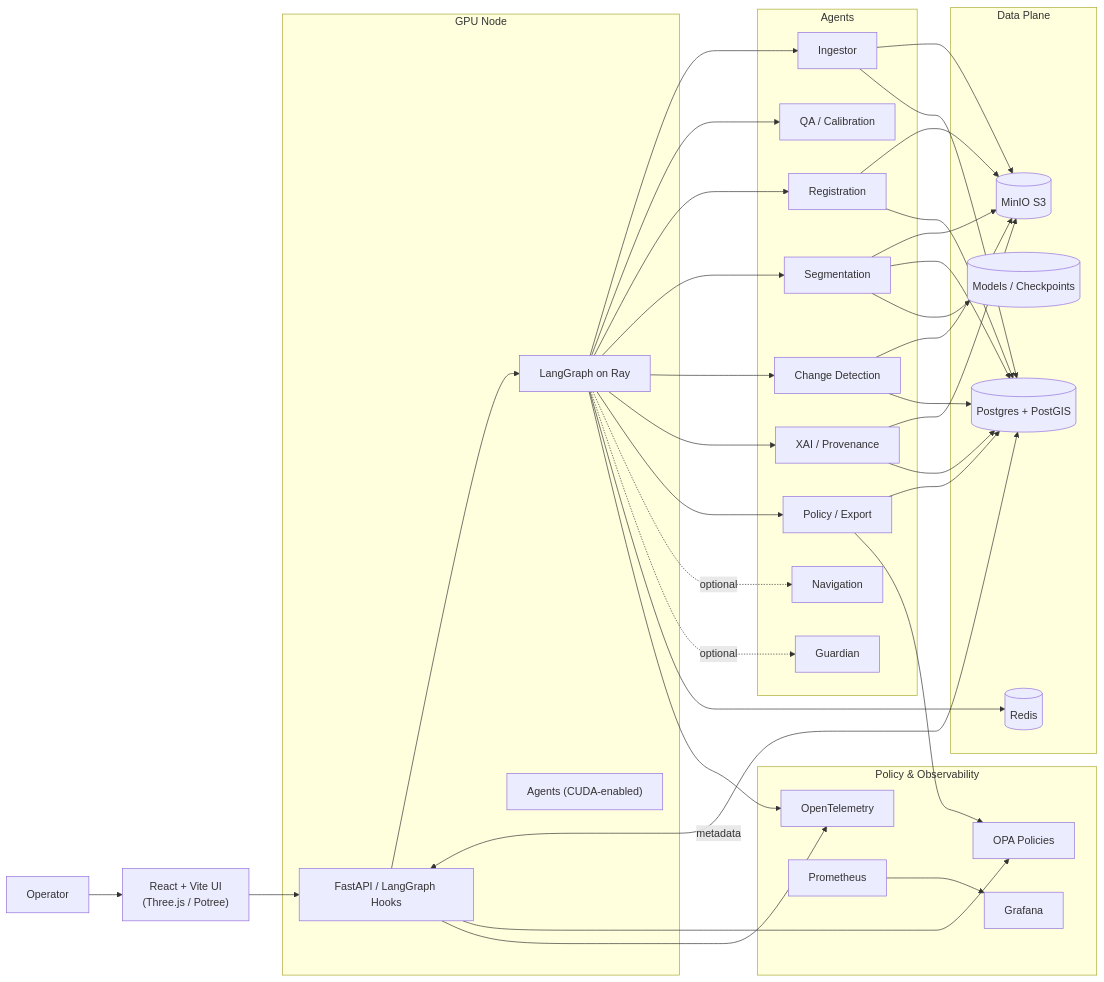
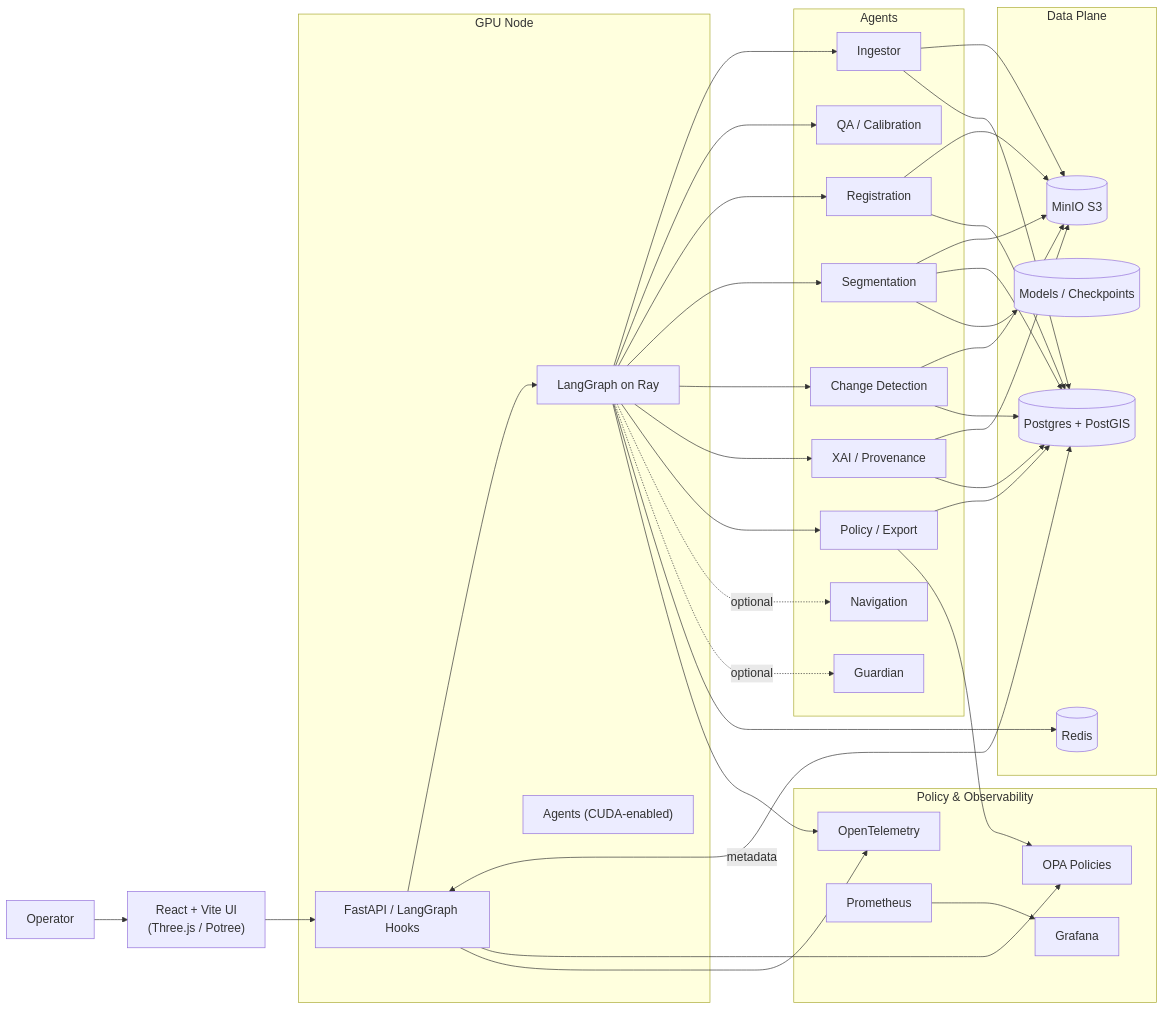
The second of 2 diagrams in README.md (aurelius-in/RoboRouter), drawn with Mermaid before and after one commit. The commit also changed other lines of this file, not shown here.

Commit message:
Fix Mermaid blocks: single fence and init directive; add init to architecture diagram.

````diff
--- a/README.md
+++ b/README.md
@@ -161,69 +159,70 @@
 ```mermaid
+%%{init: {"themeVariables": {"fontSize": "18px", "fontFamily": "Inter, Arial, sans-serif"}} }%%
 graph LR
   User["Operator"] --> UI["React + Vite UI\n(Three.js / Potree)"]
   UI --> API["FastAPI / LangGraph Hooks"]
   API --> Orchestrator["LangGraph on Ray"]
 
   subgraph Agents
     ING["Ingestor"]
     QA["QA / Calibration"]
     REG["Registration"]
     SEG["Segmentation"]
     CHG["Change Detection"]
     XAI["XAI / Provenance"]
     EXP["Policy / Export"]
     NAV["Navigation"]
     GRD["Guardian"]
   end
 
   Orchestrator --> ING
   Orchestrator --> QA
   Orchestrator --> REG
   Orchestrator --> SEG
   Orchestrator --> CHG
   Orchestrator --> XAI
   Orchestrator --> EXP
   Orchestrator -. optional .-> NAV
   Orchestrator -. optional .-> GRD
 
   subgraph Data Plane
     MINIO[("MinIO S3")]
     PG[("Postgres + PostGIS")]
     REDIS[("Redis")]
     MODELS[("Models / Checkpoints")]
   end
 
   ING --> MINIO
   REG --> MINIO
   SEG --> MINIO
   CHG --> MINIO
   XAI --> MINIO
   API <-->|metadata| PG
   ING --> PG
   REG --> PG
   SEG --> PG
   CHG --> PG
   XAI --> PG
   EXP --> PG
   SEG --> MODELS
   Orchestrator --> REDIS
 
   subgraph Policy & Observability
     OPA["OPA Policies"]
     OTel["OpenTelemetry"]
     Prom["Prometheus"]
     GRAF["Grafana"]
   end
 
   API --> OPA
   EXP --> OPA
   API --> OTel
   Orchestrator --> OTel
   Prom --> GRAF
 
   subgraph GPU Node
     API
     Orchestrator
     AgentsGroup["Agents (CUDA-enabled)"]
   end
 ```
````
